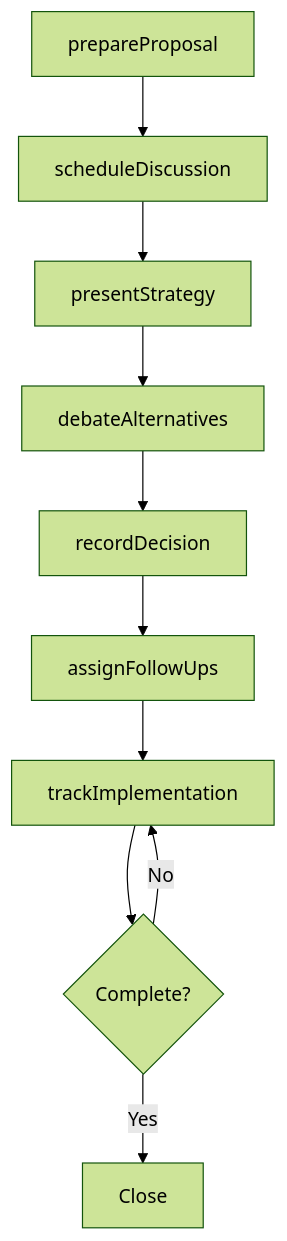
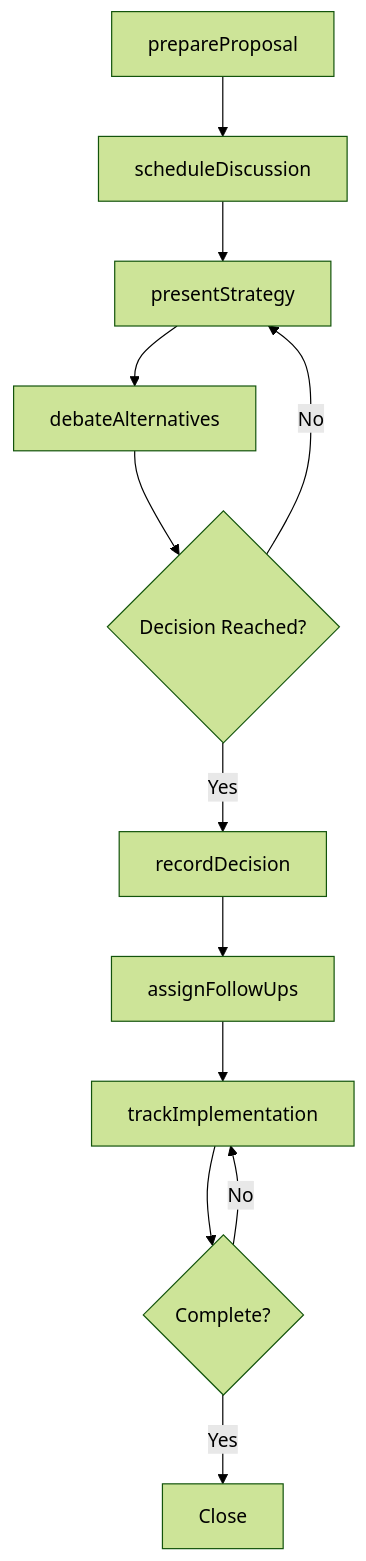
Before and after one commit to dot-org-ai/tasks.org.ai: the third of 4 diagrams in CommunicatingWithSupervisorsPeersOrSubordinates/CommunicateWithOthersAboutBusinessStrategies/DiscussBusinessStrategiesPracticesPolicies.mdx, drawn with Mermaid (forest theme). The commit also changed other lines of this file and 266 other files, not shown here.

First line of the commit message:
feat: Add ER diagrams, state diagrams to wave 2 batch (251 DWA files)

````diff
--- a/CommunicatingWithSupervisorsPeersOrSubordinates/CommunicateWithOthersAboutBusinessStrategies/DiscussBusinessStrategiesPracticesPolicies.mdx
+++ b/CommunicatingWithSupervisorsPeersOrSubordinates/CommunicateWithOthersAboutBusinessStrategies/DiscussBusinessStrategiesPracticesPolicies.mdx
@@ -86,12 +113,14 @@
 ```mermaid
 graph TD
     A[prepareProposal] --> B[scheduleDiscussion]
     B --> C[presentStrategy]
     C --> D[debateAlternatives]
-    D --> E[recordDecision]
-    E --> F[assignFollowUps]
-    F --> G[trackImplementation]
-    G --> H{Complete?}
-    H -->|No| G
-    H -->|Yes| I[Close]
+    D --> E{Decision Reached?}
+    E -->|No| C
+    E -->|Yes| F[recordDecision]
+    F --> G[assignFollowUps]
+    G --> H[trackImplementation]
+    H --> I{Complete?}
+    I -->|No| H
+    I -->|Yes| J[Close]
 ```
````
